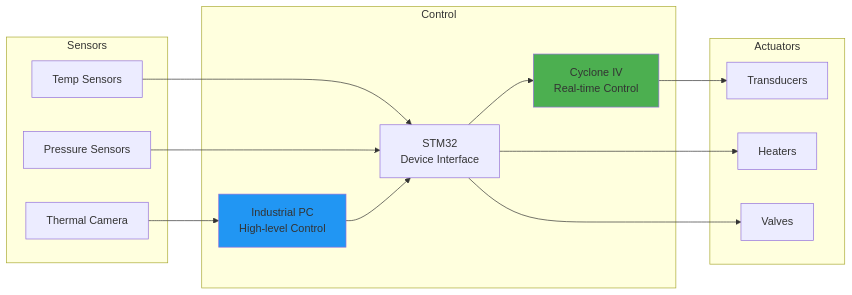
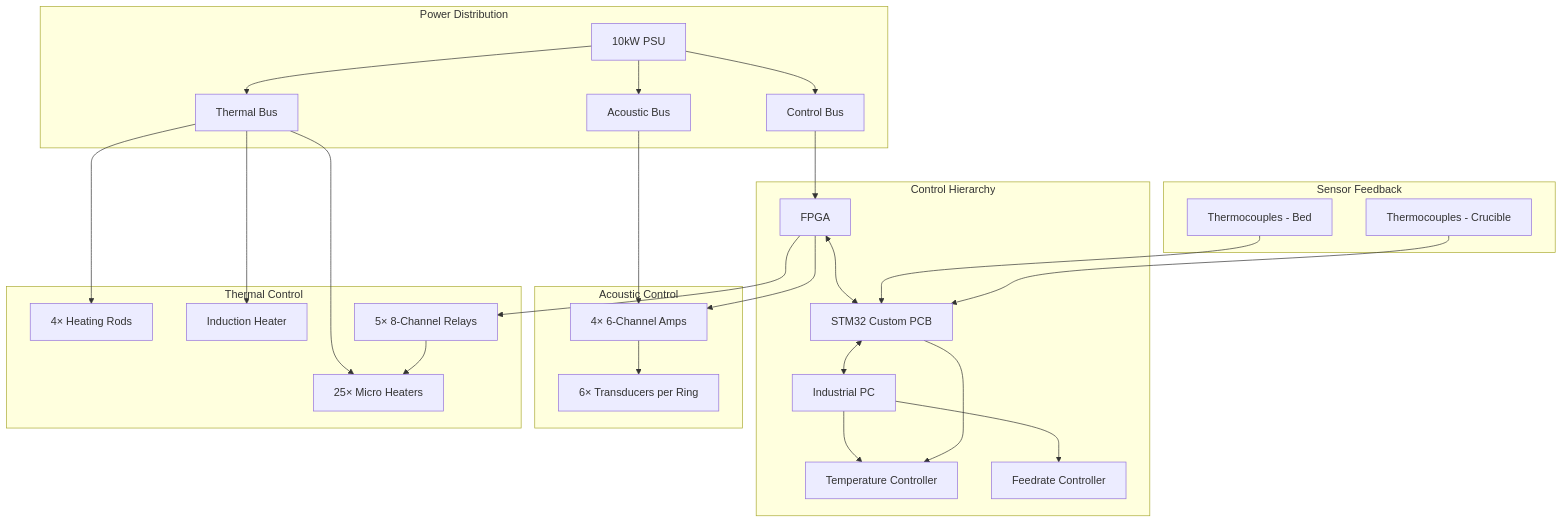
One commit to jnarwell/drip changed the diagram in docs/system/architecture.md. Above: the diagram before and after it, drawn with Mermaid. The commit also changed other lines of this file and 10 other files, not shown here.

First line of the commit message:
Integrate Draw.io diagrams into MkDocs documentation

````diff
--- a/docs/system/architecture.md
+++ b/docs/system/architecture.md
@@ -80,34 +62,37 @@
 ```mermaid
-graph LR
-    subgraph "Sensors"
-        TC[Thermal Camera]
-        TS[Temp Sensors]
-        PS[Pressure Sensors]
+graph TB
+    subgraph "Power Distribution"
+        PSU[10kW PSU]
+        PSU --> AB[Acoustic Bus]
+        PSU --> CB[Control Bus]
+        PSU --> TB[Thermal Bus]
     end
     
-    subgraph "Control"
-        PC[Industrial PC<br/>High-level Control]
-        STM[STM32<br/>Device Interface]
-        FPGA[Cyclone IV<br/>Real-time Control]
+    subgraph "Control Hierarchy"
+        CB --> FPGA
+        FPGA <--> STM32[STM32 Custom PCB]
+        STM32 <--> IPC[Industrial PC]
+        IPC --> TC[Temperature Controller]
+        IPC --> FR[Feedrate Controller]
     end
     
-    subgraph "Actuators"
-        TR[Transducers]
-        HT[Heaters]
-        VL[Valves]
+    subgraph "Acoustic Control"
+        AB --> AMP[4× 6-Channel Amps]
+        AMP --> TRANS[6× Transducers per Ring]
+        FPGA --> AMP
     end
     
-    TC --> PC
-    TS --> STM
-    PS --> STM
+    subgraph "Thermal Control"
+        TB --> HR[4× Heating Rods]
+        TB --> IH[Induction Heater]
+        TB --> MH[25× Micro Heaters]
+        FPGA --> REL[5× 8-Channel Relays]
+        REL --> MH
+    end
     
-    PC --> STM
-    STM --> FPGA
-    
-    FPGA --> TR
-    STM --> HT
-    STM --> VL
-    
-    style PC fill:#2196f3
-    style FPGA fill:#4caf50
+    subgraph "Sensor Feedback"
+        TH1[Thermocouples - Bed] --> STM32
+        TH2[Thermocouples - Crucible] --> STM32
+        STM32 --> TC
+    end
 ```
````
